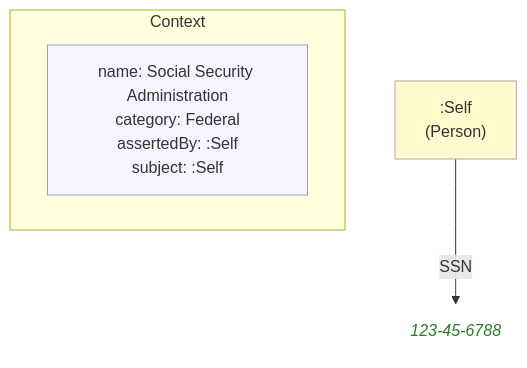
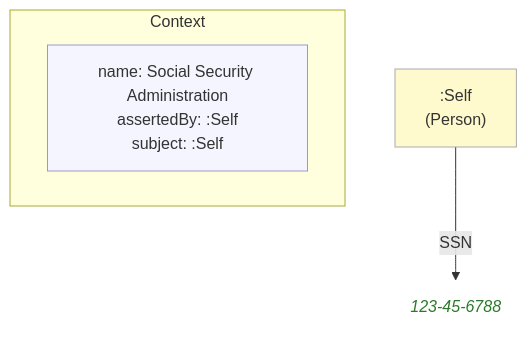
Before and after one commit to MeeFoundation/mia-ontologies: the diagram in example/images/16-alice(ssa)alice.mmd, drawn with Mermaid. The commit also changed 74 other files, not shown here.

First line of the commit message:
Rename c:contextCategory property to c:category (context.ttl v1.0.44)

```diff
--- a/example/images/16-alice(ssa)alice.mmd
+++ b/example/images/16-alice(ssa)alice.mmd
@@ -1,17 +1,16 @@
-%% ContextCategory: context:Federal
 flowchart TD
     classDef person fill:#fffacd,stroke:#aaa,color:#333
     classDef grp    fill:#d4edda,stroke:#aaa,color:#333
     classDef org    fill:#cce5ff,stroke:#aaa,color:#333
     classDef lit    fill:none,stroke:none,font-style:italic,color:#2a7a2a
     classDef meta   fill:#f5f5ff,stroke:#9999cc,color:#333
 
     subgraph ctx["Context"]
         direction LR
-        ctx_meta["name: Social Security Administration\ncategory: Federal\nassertedBy: :Self\nsubject: :Self"]:::meta
+        ctx_meta["name: Social Security Administration\nassertedBy: :Self\nsubject: :Self"]:::meta
     end
 
     ne0c3ba92f1db[":Self\n(Person)"]:::person
-    ncc74df17ec52("123-45-6788"):::lit
+    nd34ecda4b92b("123-45-6788"):::lit
 
-    ne0c3ba92f1db -->|"SSN"| ncc74df17ec52
+    ne0c3ba92f1db -->|"SSN"| nd34ecda4b92b
```
